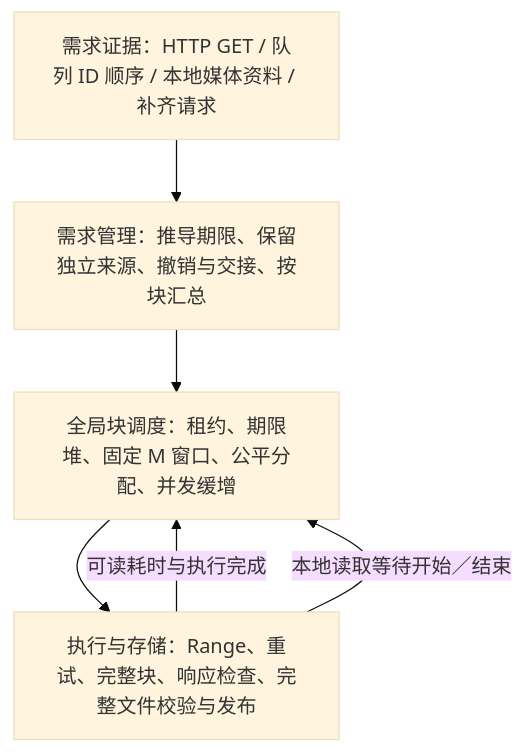
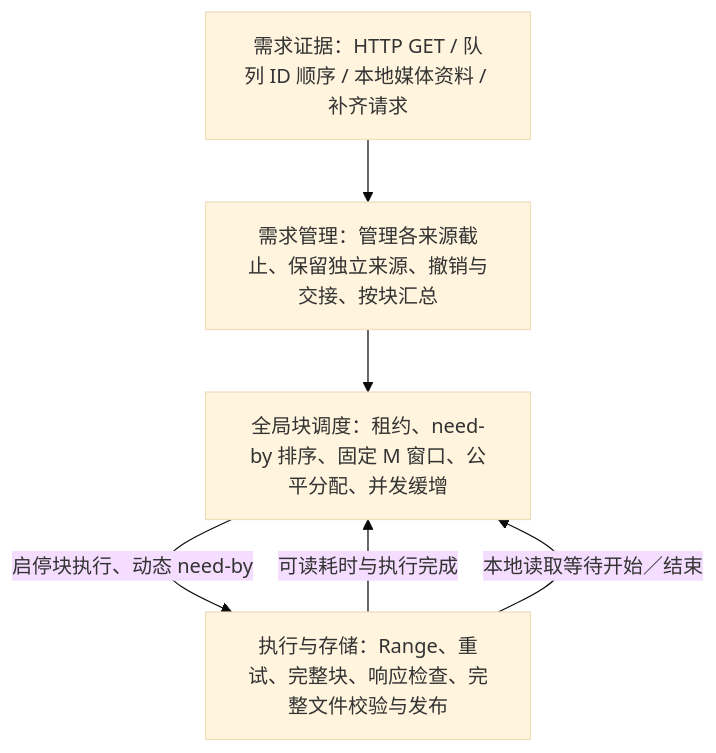
Before and after one commit to SW26010/still-wanna-dance: the diagram in docs/block-scheduler-design.md, drawn with Mermaid (base theme). The commit also changed other lines of this file and 42 other files, not shown here.

````diff
--- a/docs/block-scheduler-design.md
+++ b/docs/block-scheduler-design.md
@@ -30,10 +30,11 @@
 ```mermaid
 flowchart TD
     A["需求证据：HTTP GET / 队列 ID 顺序 / 本地媒体资料 / 补齐请求"]
-    B["需求管理：推导期限、保留独立来源、撤销与交接、按块汇总"]
-    C["全局块调度：租约、期限堆、固定 M 窗口、公平分配、并发缓增"]
+    B["需求管理：管理各来源截止、保留独立来源、撤销与交接、按块汇总"]
+    C["全局块调度：租约、need-by 排序、固定 M 窗口、公平分配、并发缓增"]
     D["执行与存储：Range、重试、完整块、响应检查、完整文件校验与发布"]
-    A --> B --> C --> D
+    A --> B --> C
+    C -->|"启停块执行、动态 need-by"| D
     D -->|"可读耗时与执行完成"| C
     D -->|"本地读取等待开始／结束"| C
 ```
````
